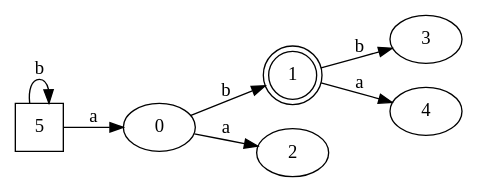
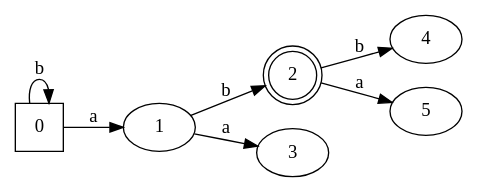
The diagram in graphs/afdd/b*.a.b.dot (jav-ram/compis1), drawn with Graphviz before and after one commit. The commit also changed 34 other files, not shown here.

```diff
--- a/graphs/afdd/b*.a.b.dot
+++ b/graphs/afdd/b*.a.b.dot
@@ -1,16 +1,16 @@
 digraph G {
 	rankdir=LR;
-	0->1[ label=b ];
-	0->2[ label=a ];
-	1->3[ label=b ];
-	1->4[ label=a ];
-	5->5[ label=b ];
-	5->0[ label=a ];
-	0;
-	1 [ shape=doublecircle ];
-	2;
+	0->1[ label=a ];
+	0->0[ label=b ];
+	1->2[ label=b ];
+	1->3[ label=a ];
+	2->4[ label=b ];
+	2->5[ label=a ];
+	0 [ shape=square ];
+	1;
+	2 [ shape=doublecircle ];
 	3;
 	4;
-	5 [ shape=square ];
+	5;
 
 }
```
